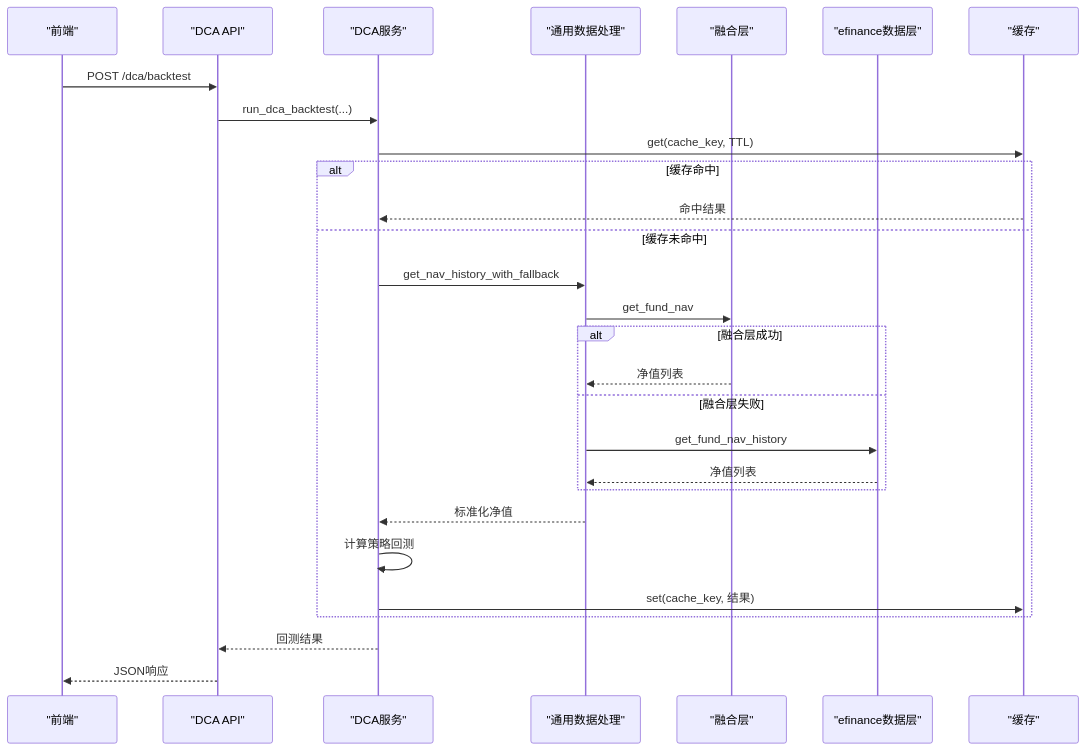
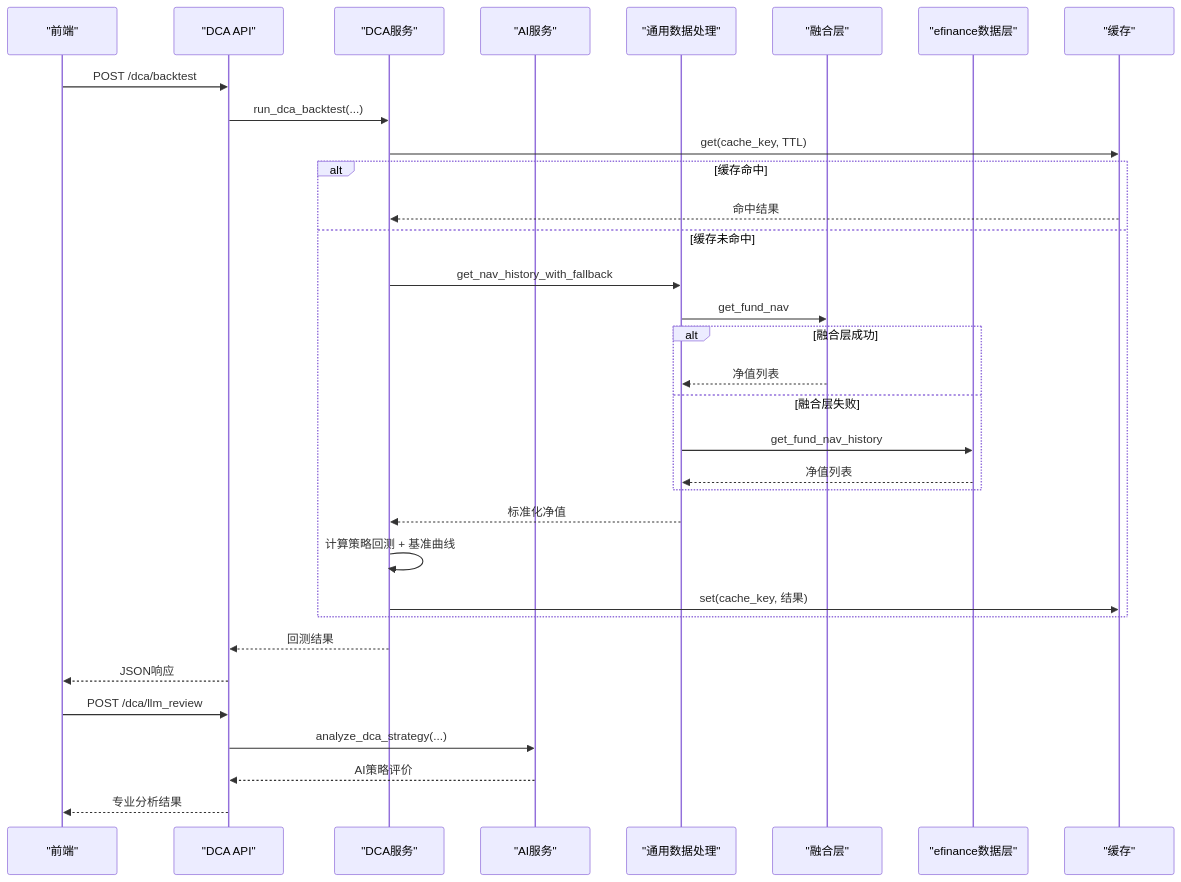
Before and after one commit to youkell85/FundTrader: the second of 8 diagrams in .qoder/repowiki/zh/content/核心功能模块/定投回测系统.md, drawn with Mermaid. The commit also changed other lines of this file and 11 other files, not shown here.

````diff
--- a/.qoder/repowiki/zh/content/核心功能模块/定投回测系统.md
+++ b/.qoder/repowiki/zh/content/核心功能模块/定投回测系统.md
@@ -114,30 +126,35 @@
 ```mermaid
 sequenceDiagram
 participant FE as "前端"
 participant API as "DCA API"
 participant SVC as "DCA服务"
+participant LLM as "AI服务"
 participant COMM as "通用数据处理"
 participant FUS as "融合层"
 participant EF as "efinance数据层"
 participant C as "缓存"
 FE->>API : POST /dca/backtest
 API->>SVC : run_dca_backtest(...)
 SVC->>C : get(cache_key, TTL)
 alt 缓存命中
 C-->>SVC : 命中结果
 else 缓存未命中
 SVC->>COMM : get_nav_history_with_fallback
 COMM->>FUS : get_fund_nav
 alt 融合层成功
 FUS-->>COMM : 净值列表
 else 融合层失败
 COMM->>EF : get_fund_nav_history
 EF-->>COMM : 净值列表
 end
 COMM-->>SVC : 标准化净值
-SVC->>SVC : 计算策略回测
+SVC->>SVC : 计算策略回测 + 基准曲线
 SVC->>C : set(cache_key, 结果)
 end
 SVC-->>API : 回测结果
 API-->>FE : JSON响应
+FE->>API : POST /dca/llm_review
+API->>LLM : analyze_dca_strategy(...)
+LLM-->>API : AI策略评价
+API-->>FE : 专业分析结果
 ```
````
